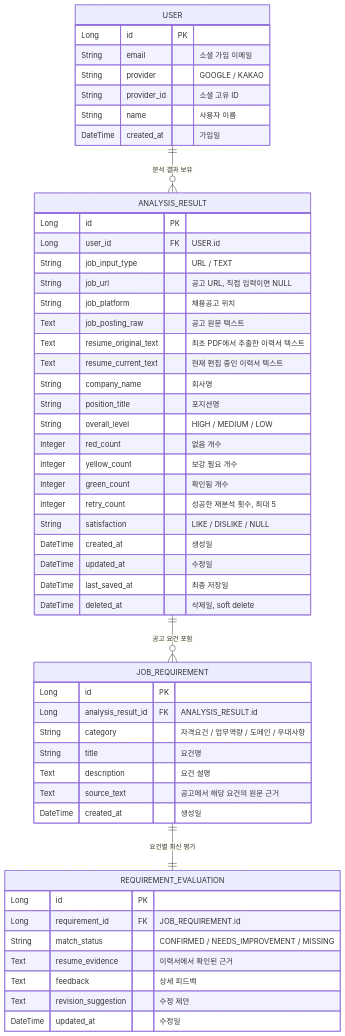
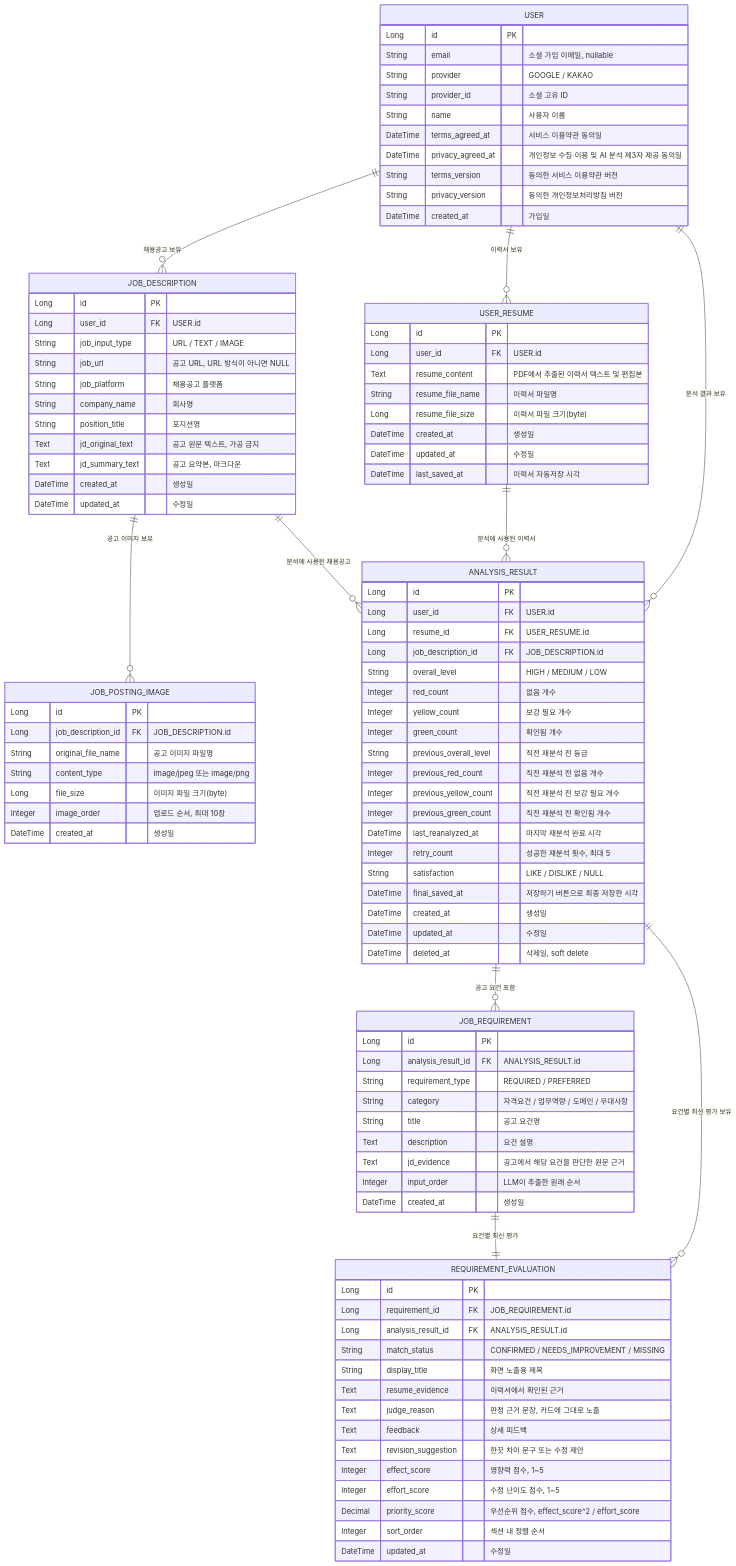
Before and after one commit to SWYP14th-Team3/BackEnd: the diagram in docs/ERD.md, drawn with Mermaid. The commit also changed other lines of this file, not shown here.

Commit message:
docs: v7 기능명세서 기반 ERD 수정

````diff
--- a/docs/ERD.md
+++ b/docs/ERD.md
@@ -2,38 +2,78 @@
 erDiagram
     USER {
         Long id PK
-        String email "소셜 가입 이메일"
+        String email "소셜 가입 이메일, nullable"
         String provider "GOOGLE / KAKAO"
         String provider_id "소셜 고유 ID"
         String name "사용자 이름"
+        DateTime terms_agreed_at "서비스 이용약관 동의일"
+        DateTime privacy_agreed_at "개인정보 수집·이용 및 AI 분석 제3자 제공 동의일"
+        String terms_version "동의한 서비스 이용약관 버전"
+        String privacy_version "동의한 개인정보처리방침 버전"
         DateTime created_at "가입일"
+    }
+
+    USER_RESUME {
+        Long id PK
+        Long user_id FK "USER.id"
+        Text resume_content "PDF에서 추출된 이력서 텍스트 및 편집본"
+        String resume_file_name "이력서 파일명"
+        Long resume_file_size "이력서 파일 크기(byte)"
+
+        DateTime created_at "생성일"
+        DateTime updated_at "수정일"
+        DateTime last_saved_at "이력서 자동저장 시각"
+    }
+
+    JOB_DESCRIPTION {
+        Long id PK
+        Long user_id FK "USER.id"
+
+        String job_input_type "URL / TEXT / IMAGE"
+        String job_url "공고 URL, URL 방식이 아니면 NULL"
+        String job_platform "채용공고 플랫폼"
+        String company_name "회사명"
+        String position_title "포지션명"
+        Text jd_original_text "공고 원문 텍스트, 가공 금지"
+        Text jd_summary_text "공고 요약본, 마크다운"
+
+        DateTime created_at "생성일"
+        DateTime updated_at "수정일"
+    }
+
+    JOB_POSTING_IMAGE {
+        Long id PK
+        Long job_description_id FK "JOB_DESCRIPTION.id"
+        String original_file_name "공고 이미지 파일명"
+        String content_type "image/jpeg 또는 image/png"
+        Long file_size "이미지 파일 크기(byte)"
+        Integer image_order "업로드 순서, 최대 10장"
+        DateTime created_at "생성일"
     }
 
     ANALYSIS_RESULT {
         Long id PK
         Long user_id FK "USER.id"
-
-        String job_input_type "URL / TEXT"
-        String job_url "공고 URL, 직접 입력이면 NULL"
-        String job_platform "채용공고 위치"
-        Text job_posting_raw "공고 원문 텍스트"
-        Text resume_original_text "최초 PDF에서 추출한 이력서 텍스트"
-        Text resume_current_text "현재 편집 중인 이력서 텍스트"
-
-        String company_name "회사명"
-        String position_title "포지션명"
+        Long resume_id FK "USER_RESUME.id"
+        Long job_description_id FK "JOB_DESCRIPTION.id"
 
         String overall_level "HIGH / MEDIUM / LOW"
         Integer red_count "없음 개수"
         Integer yellow_count "보강 필요 개수"
         Integer green_count "확인됨 개수"
 
+        String previous_overall_level "직전 재분석 전 등급"
+        Integer previous_red_count "직전 재분석 전 없음 개수"
+        Integer previous_yellow_count "직전 재분석 전 보강 필요 개수"
+        Integer previous_green_count "직전 재분석 전 확인됨 개수"
+        DateTime last_reanalyzed_at "마지막 재분석 완료 시각"
+
         Integer retry_count "성공한 재분석 횟수, 최대 5"
         String satisfaction "LIKE / DISLIKE / NULL"
 
+        DateTime final_saved_at "저장하기 버튼으로 최종 저장한 시각"
         DateTime created_at "생성일"
         DateTime updated_at "수정일"
-        DateTime last_saved_at "최종 저장일"
         DateTime deleted_at "삭제일, soft delete"
     }
 
@@ -41,10 +81,12 @@
         Long id PK
         Long analysis_result_id FK "ANALYSIS_RESULT.id"
 
+        String requirement_type "REQUIRED / PREFERRED"
         String category "자격요건 / 업무역량 / 도메인 / 우대사항"
-        String title "요건명"
+        String title "공고 요건명"
         Text description "요건 설명"
-        Text source_text "공고에서 해당 요건의 원문 근거"
+        Text jd_evidence "공고에서 해당 요건을 판단한 원문 근거"
+        Integer input_order "LLM이 추출한 원래 순서"
 
         DateTime created_at "생성일"
     }
@@ -52,18 +94,29 @@
     REQUIREMENT_EVALUATION {
         Long id PK
         Long requirement_id FK "JOB_REQUIREMENT.id"
+        Long analysis_result_id FK "ANALYSIS_RESULT.id"
 
         String match_status "CONFIRMED / NEEDS_IMPROVEMENT / MISSING"
+        String display_title "화면 노출용 제목"
         Text resume_evidence "이력서에서 확인된 근거"
+        Text judge_reason "판정 근거 문장, 카드에 그대로 노출"
         Text feedback "상세 피드백"
-        Text revision_suggestion "수정 제안"
+        Text revision_suggestion "한끗 차이 문구 또는 수정 제안"
+        Integer effect_score "영향력 점수, 1~5"
+        Integer effort_score "수정 난이도 점수, 1~5"
+        Decimal priority_score "우선순위 점수, effect_score^2 / effort_score"
+        Integer sort_order "섹션 내 정렬 순서"
 
         DateTime updated_at "수정일"
     }
 
+    USER ||--o{ USER_RESUME : "이력서 보유"
+    USER ||--o{ JOB_DESCRIPTION : "채용공고 보유"
     USER ||--o{ ANALYSIS_RESULT : "분석 결과 보유"
+    USER_RESUME ||--o{ ANALYSIS_RESULT : "분석에 사용된 이력서"
+    JOB_DESCRIPTION ||--o{ ANALYSIS_RESULT : "분석에 사용된 채용공고"
+    JOB_DESCRIPTION ||--o{ JOB_POSTING_IMAGE : "공고 이미지 보유"
     ANALYSIS_RESULT ||--o{ JOB_REQUIREMENT : "공고 요건 포함"
+    ANALYSIS_RESULT ||--o{ REQUIREMENT_EVALUATION : "요건별 최신 평가 보유"
     JOB_REQUIREMENT ||--|| REQUIREMENT_EVALUATION : "요건별 최신 평가"
-    
-    
 ```
````
